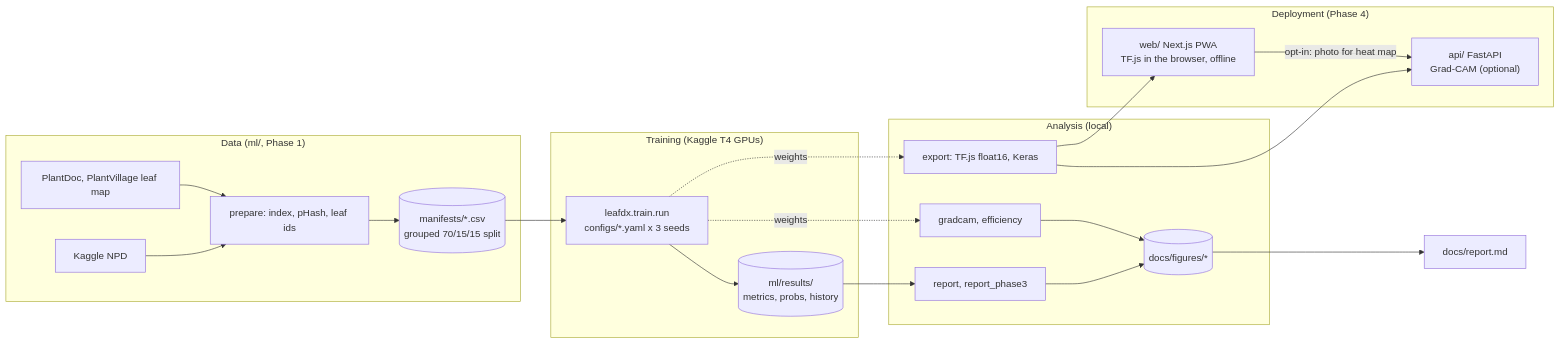
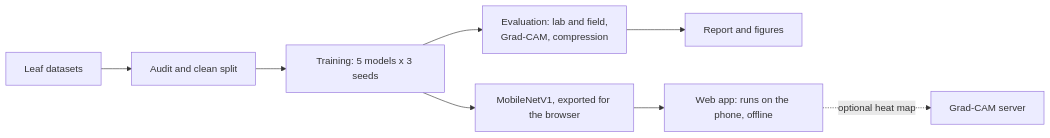
One commit to MoazamAli45/plant-leaf-disease-detection changed the diagram in README.md. Above: the diagram before and after it, drawn with Mermaid. The commit also changed other lines of this file and 14 other files, not shown here.

````diff
--- a/README.md
+++ b/README.md
@@ -38,23 +85,10 @@
 ```mermaid
 flowchart LR
-  subgraph data["Data (ml/, Phase 1)"]
-    K[Kaggle NPD] --> P[prepare: index, pHash, leaf ids]
-    G[PlantDoc, PlantVillage leaf map] --> P
-    P --> M[(manifests/*.csv<br/>grouped 70/15/15 split)]
-  end
-  subgraph train["Training (Kaggle T4 GPUs)"]
-    M --> T[leafdx.train.run<br/>configs/*.yaml x 3 seeds]
-    T --> R[(ml/results/<br/>metrics, probs, history)]
-  end
-  subgraph analysis["Analysis (local)"]
-    R --> RP[report, report_phase3] --> F[(docs/figures/*)]
-    T -. weights .-> X[gradcam, efficiency] --> F
-    T -. weights .-> E[export: TF.js float16, Keras]
-  end
-  subgraph app["Deployment (Phase 4)"]
-    E --> W["web/ Next.js PWA<br/>TF.js in the browser, offline"]
-    E --> A["api/ FastAPI<br/>Grad-CAM (optional)"]
-    W -- "opt-in: photo for heat map" --> A
-  end
-  F --> D[docs/report.md]
+  D[Leaf datasets] --> A[Audit and clean split]
+  A --> T[Training: 5 models x 3 seeds]
+  T --> E[Evaluation: lab and field,<br/>Grad-CAM, compression]
+  E --> R[Report and figures]
+  T --> M[MobileNetV1, exported for the browser]
+  M --> W[Web app: runs on the phone, offline]
+  W -. optional heat map .-> S[Grad-CAM server]
 ```
````
